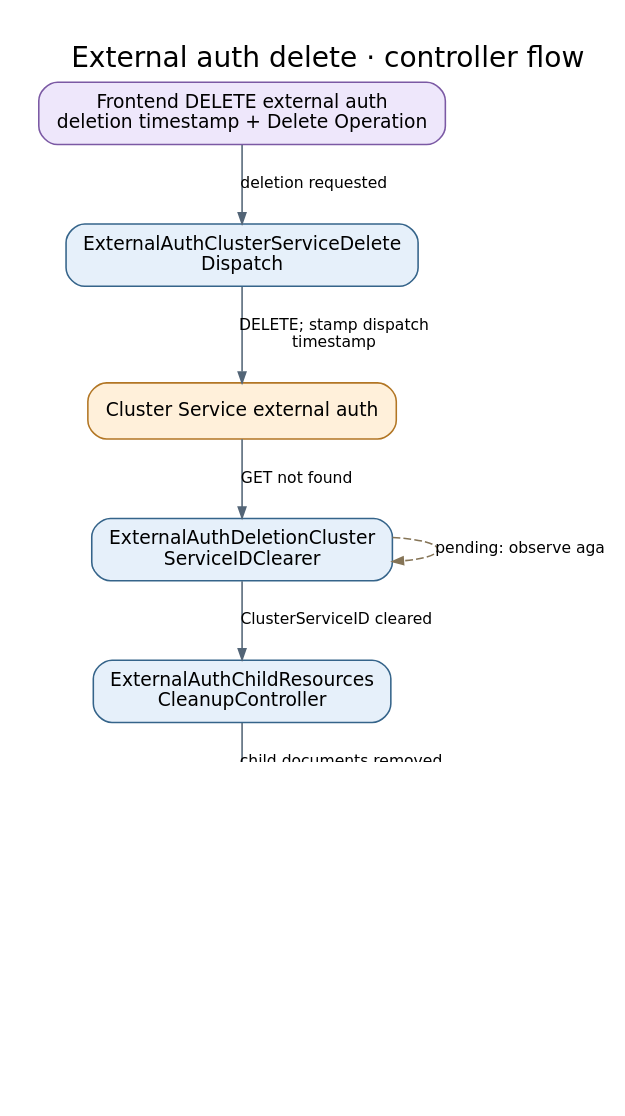
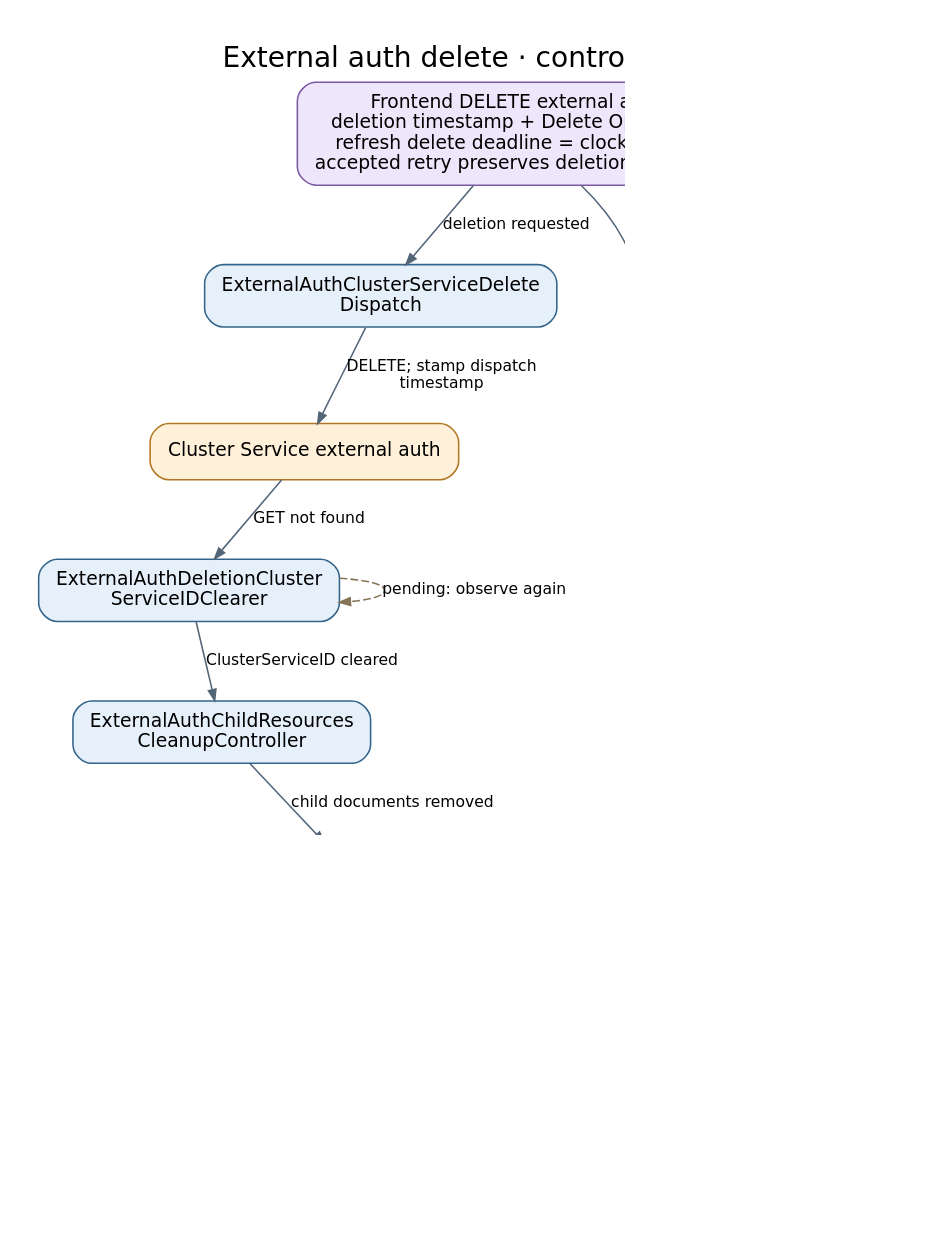
One commit to Azure/ARO-HCP changed the diagram in docs/diagrams/controller-flows/externalauth-delete.dot. Above: the diagram before and after it, drawn with Graphviz. The commit also changed 58 other files, not shown here.

```diff
--- a/docs/diagrams/controller-flows/externalauth-delete.dot
+++ b/docs/diagrams/controller-flows/externalauth-delete.dot
@@ -1,21 +1,24 @@
 digraph externalauth_delete {
   graph [rankdir=TB, bgcolor="white", pad="0.3", nodesep="0.4", ranksep="0.55", fontname="DejaVu Sans", fontsize=18, labelloc=t, label="External auth delete · controller flow", dpi=110];
   node [shape=box, style="rounded,filled", fillcolor="#e6f0fa", color="#35648a", fontname="DejaVu Sans", fontsize=12, margin="0.16,0.10"];
   edge [color="#536577", fontname="DejaVu Sans", fontsize=10, arrowsize=0.7];
-  api [label="Frontend DELETE external auth\ndeletion timestamp + Delete Operation", fillcolor="#eee7fb", color="#7b59a4"];
+  api [label="Frontend DELETE external auth\ndeletion timestamp + Delete Operation\nrefresh delete deadline = clock + 30m\naccepted retry preserves deletion progress", fillcolor="#eee7fb", color="#7b59a4"];
   dispatch [label="ExternalAuthClusterServiceDelete\nDispatch", fillcolor="#e6f0fa", color="#35648a"];
   cs [label="Cluster Service external auth", fillcolor="#fff0da", color="#b27624"];
   clear [label="ExternalAuthDeletionCluster\nServiceIDClearer", fillcolor="#e6f0fa", color="#35648a"];
   cleanup [label="ExternalAuthChildResources\nCleanupController", fillcolor="#e6f0fa", color="#35648a"];
   final [label="ExternalAuthDeletionController", fillcolor="#e6f0fa", color="#35648a"];
-  op [label="OperationExternalAuthDelete", fillcolor="#e6f0fa", color="#35648a"];
+  op [label="OperationExternalAuthDelete\nabsence first; otherwise matching owner\nexpiry before dispatch / ID gates", fillcolor="#e6f0fa", color="#35648a"];
+  failed [label="ARM attempt Failed: DeadlineExceeded\nFixed timeout message; no external read\nDeletion intent / cleanup not canceled", fillcolor="#fbe8e5", color="#a64f43"];
+  api -> op [label="DeleteOperationCompletionDeadline"];
+  op -> failed [label="document present + now > deadline"];
   done [label="ARM Delete Operation Succeeded", fillcolor="#e4f2e5", color="#4c8053"];
   api -> dispatch [label="deletion requested"];
   dispatch -> cs [label="DELETE; stamp dispatch\ntimestamp"];
   cs -> clear [label="GET not found"];
   clear -> cleanup [label="ClusterServiceID cleared"];
   cleanup -> final [label="child documents removed"];
   final -> op [label="external-auth document deleted"];
-  op -> done [label="absence observed"];
+  op -> done [label="absence observed\nwhile operation nonterminal"];
   clear -> clear [label="pending: observe again", style=dashed, color="#857456", constraint=false];
 }
```
